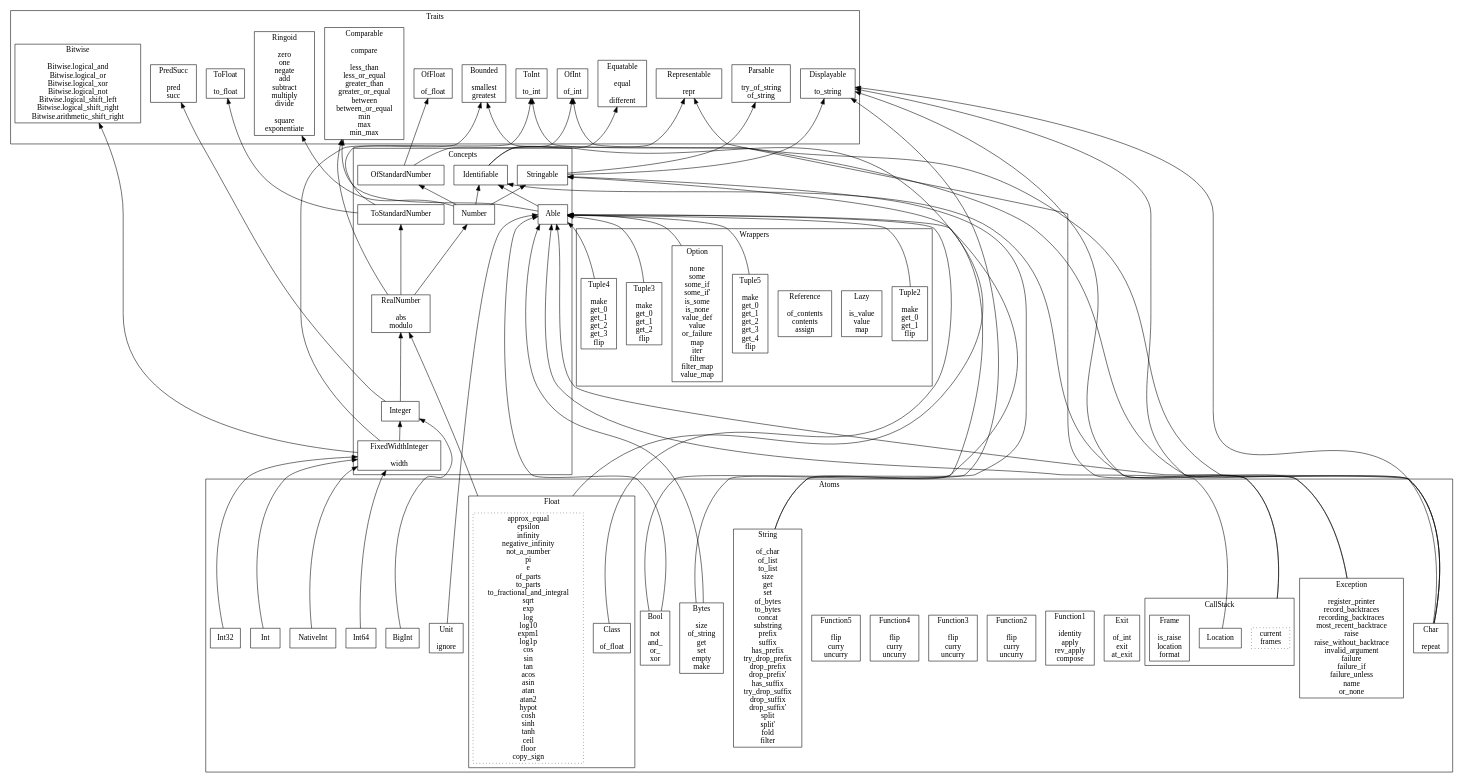
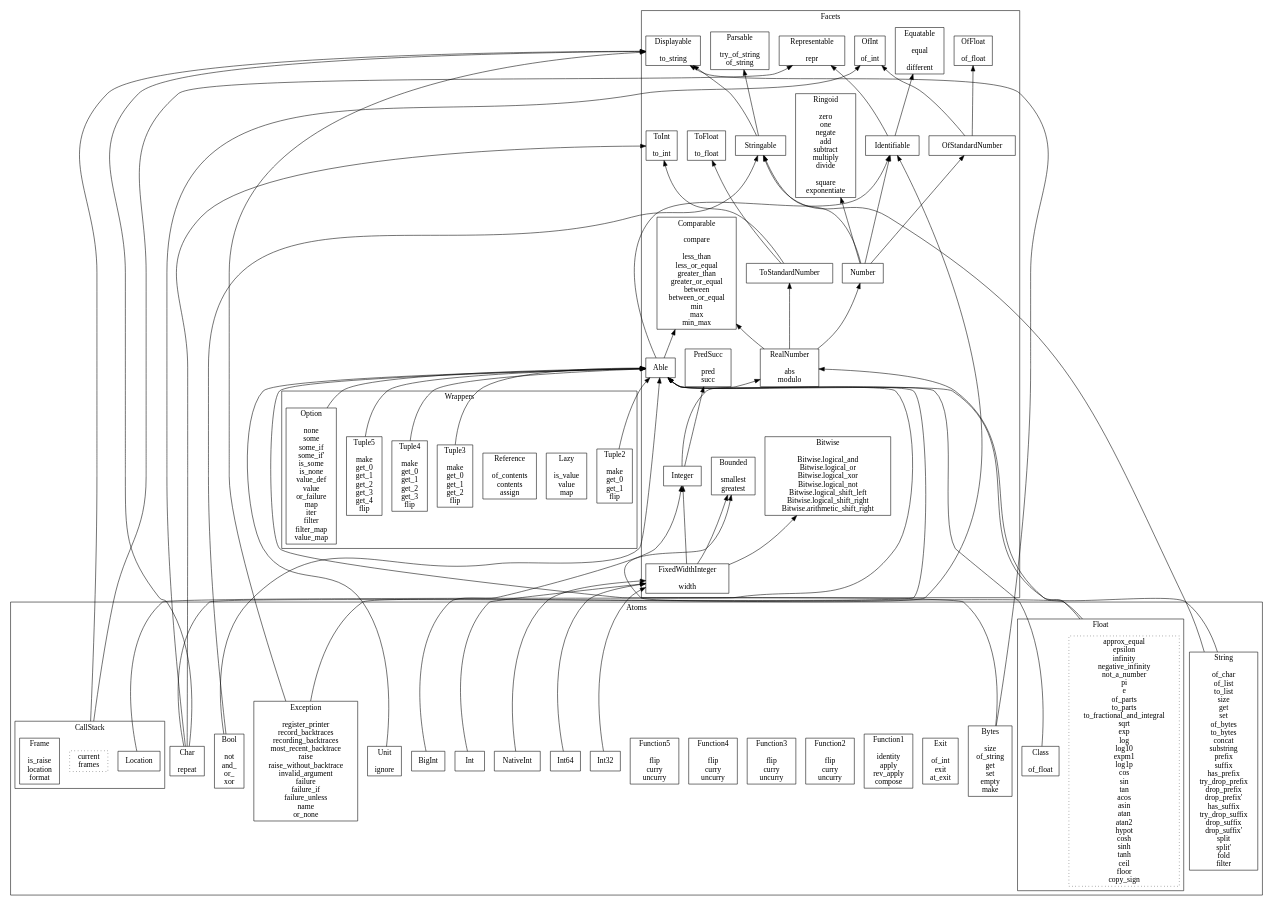
The diagram in doc/Facets.dot (jacquev6/General), drawn with Graphviz before and after one commit. The commit also changed 2564 other files, not shown here.

Commit message:
Merge Traits and Concepts into Facets

```diff
--- a/doc/Facets.dot
+++ b/doc/Facets.dot
@@ -1,131 +1,127 @@
 digraph {
   compound=true
   rankdir="BT"
   node [shape="box"]
-  subgraph cluster_Traits {
-    label="Traits"
+  subgraph cluster_Facets {
+    label="Facets"
     labelloc="b"
     representable [label="Representable\n\nrepr"]
     equatable [label="Equatable\n\nequal\n\ndifferent"]
     displayable [label="Displayable\n\nto_string"]
     parsable [label="Parsable\n\ntry_of_string\nof_string"]
     comparable [label="Comparable\n\ncompare\n\nless_than\nless_or_equal\ngreater_than\ngreater_or_equal\nbetween\nbetween_or_equal\nmin\nmax\nmin_max"]
     ringoid [label="Ringoid\n\nzero\none\nnegate\nadd\nsubtract\nmultiply\ndivide\n\nsquare\nexponentiate"]
     ofint [label="OfInt\n\nof_int"]
     toint [label="ToInt\n\nto_int"]
     offloat [label="OfFloat\n\nof_float"]
     tofloat [label="ToFloat\n\nto_float"]
     predsucc [label="PredSucc\n\npred\nsucc"]
     bounded [label="Bounded\n\nsmallest\ngreatest"]
     bitwise [label="Bitwise\n\nBitwise.logical_and\nBitwise.logical_or\nBitwise.logical_xor\nBitwise.logical_not\nBitwise.logical_shift_left\nBitwise.logical_shift_right\nBitwise.arithmetic_shift_right"]
-  }
-  subgraph cluster_Concepts {
-    label="Concepts"
-    labelloc="b"
     identifiable [label="Identifiable"]
     able [label="Able"]
     stringable [label="Stringable"]
     ofstandardnumber [label="OfStandardNumber"]
     number [label="Number"]
     tostandardnumber [label="ToStandardNumber"]
     realnumber [label="RealNumber\n\nabs\nmodulo"]
     integer [label="Integer"]
     fixedwidthinteger [label="FixedWidthInteger\n\nwidth"]
   }
   subgraph cluster_Atoms {
     label="Atoms"
     labelloc="b"
     subgraph cluster_CallStack {
       label="CallStack"
       labelloc="b"
       callstack [style="dotted",label="current\nframes"]
       location [label="Location"]
       frame [label="Frame\n\nis_raise\nlocation\nformat"]
     }
     exception [label="Exception\n\nregister_printer\nrecord_backtraces\nrecording_backtraces\nmost_recent_backtrace\nraise\nraise_without_backtrace\ninvalid_argument\nfailure\nfailure_if\nfailure_unless\nname\nor_none"]
     exit [label="Exit\n\nof_int\nexit\nat_exit"]
     function1 [label="Function1\n\nidentity\napply\nrev_apply\ncompose"]
     function2 [label="Function2\n\nflip\ncurry\nuncurry"]
     function3 [label="Function3\n\nflip\ncurry\nuncurry"]
     function4 [label="Function4\n\nflip\ncurry\nuncurry"]
     function5 [label="Function5\n\nflip\ncurry\nuncurry"]
     unit [label="Unit\n\nignore"]
     bool [label="Bool\n\nnot\nand_\nor_\nxor"]
     char [label="Char\n\nrepeat"]
     int [label="Int"]
     int32 [label="Int32"]
     int64 [label="Int64"]
     nativeint [label="NativeInt"]
     bigint [label="BigInt"]
     subgraph cluster_Float {
       label="Float"
       labelloc="b"
       float [style="dotted",label="approx_equal\nepsilon\ninfinity\nnegative_infinity\nnot_a_number\npi\ne\nof_parts\nto_parts\nto_fractional_and_integral\nsqrt\nexp\nlog\nlog10\nexpm1\nlog1p\ncos\nsin\ntan\nacos\nasin\natan\natan2\nhypot\ncosh\nsinh\ntanh\nceil\nfloor\ncopy_sign"]
       float_class [label="Class\n\nof_float"]
     }
     string [label="String\n\nof_char\nof_list\nto_list\nsize\nget\nset\nof_bytes\nto_bytes\nconcat\nsubstring\nprefix\nsuffix\nhas_prefix\ntry_drop_prefix\ndrop_prefix\ndrop_prefix'\nhas_suffix\ntry_drop_suffix\ndrop_suffix\ndrop_suffix'\nsplit\nsplit'\nfold\nfilter"]
     bytes [label="Bytes\n\nsize\nof_string\nget\nset\nempty\nmake"]
   }
   subgraph cluster_Wrappers {
     label="Wrappers"
     labelloc="b"
     option [label="Option\n\nnone\nsome\nsome_if\nsome_if'\nis_some\nis_none\nvalue_def\nvalue\nor_failure\nmap\niter\nfilter\nfilter_map\nvalue_map"]
     lazy [label="Lazy\n\nis_value\nvalue\nmap"]
     reference [label="Reference\n\nof_contents\ncontents\nassign"]
     tuple2 [label="Tuple2\n\nmake\nget_0\nget_1\nflip"]
     tuple3 [label="Tuple3\n\nmake\nget_0\nget_1\nget_2\nflip"]
     tuple4 [label="Tuple4\n\nmake\nget_0\nget_1\nget_2\nget_3\nflip"]
     tuple5 [label="Tuple5\n\nmake\nget_0\nget_1\nget_2\nget_3\nget_4\nflip"]
   }
   identifiable -> equatable
   identifiable -> representable
   able -> identifiable
   able -> comparable
   stringable -> displayable
   stringable -> parsable
   ofstandardnumber -> ofint
   ofstandardnumber -> offloat
   number -> identifiable
   number -> stringable
   number -> ringoid
   number -> ofstandardnumber
   tostandardnumber -> toint
   tostandardnumber -> tofloat
   realnumber -> number
   realnumber -> comparable
   realnumber -> tostandardnumber
   integer -> realnumber
   integer -> predsucc
   fixedwidthinteger -> integer
   fixedwidthinteger -> bounded
   fixedwidthinteger -> bitwise
   callstack -> displayable [ltail="cluster_CallStack"]
   callstack -> representable [ltail="cluster_CallStack"]
   location -> able
   exception -> identifiable
   exception -> displayable
   unit -> able
   bool -> able
   bool -> stringable
   char -> able
   char -> displayable
   char -> ofint
   char -> toint
   int -> fixedwidthinteger
   int32 -> fixedwidthinteger
   int64 -> fixedwidthinteger
   nativeint -> fixedwidthinteger
   bigint -> integer
   float -> realnumber [ltail="cluster_Float"]
   float -> bounded [ltail="cluster_Float"]
   float_class -> able
   string -> able
   string -> stringable
   bytes -> able
   bytes -> displayable
   option -> able
   tuple2 -> able
   tuple3 -> able
   tuple4 -> able
   tuple5 -> able
 }
```
